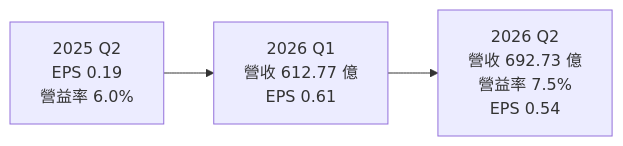
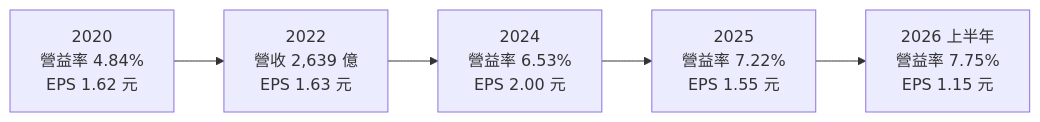
One commit to wangnick1004/taiwan-stock-vault changed the third of 4 diagrams in 個股/台股/1402遠東新.md. Above: the diagram before and after it, drawn with Mermaid. The commit also changed other lines of this file and 16 other files, not shown here.

````diff
--- a/個股/台股/1402遠東新.md
+++ b/個股/台股/1402遠東新.md
@@ -143,4 +146,4 @@
 ```mermaid
 flowchart LR
-    Q1["2025 Q2<br/>EPS 0.19<br/>營益率 6.0%"] --> Q2["2026 Q1<br/>營收 612.77 億<br/>EPS 0.61"] --> Q3["2026 Q2<br/>營收 692.73 億<br/>營益率 7.5%<br/>EPS 0.54"]
+    Y20["2020<br/>營益率 4.84%<br/>EPS 1.62 元"] --> Y22["2022<br/>營收 2,639 億<br/>EPS 1.63 元"] --> Y24["2024<br/>營益率 6.53%<br/>EPS 2.00 元"] --> Y25["2025<br/>營益率 7.22%<br/>EPS 1.55 元"] --> H26["2026 上半年<br/>營益率 7.75%<br/>EPS 1.15 元"]
 ```
````
